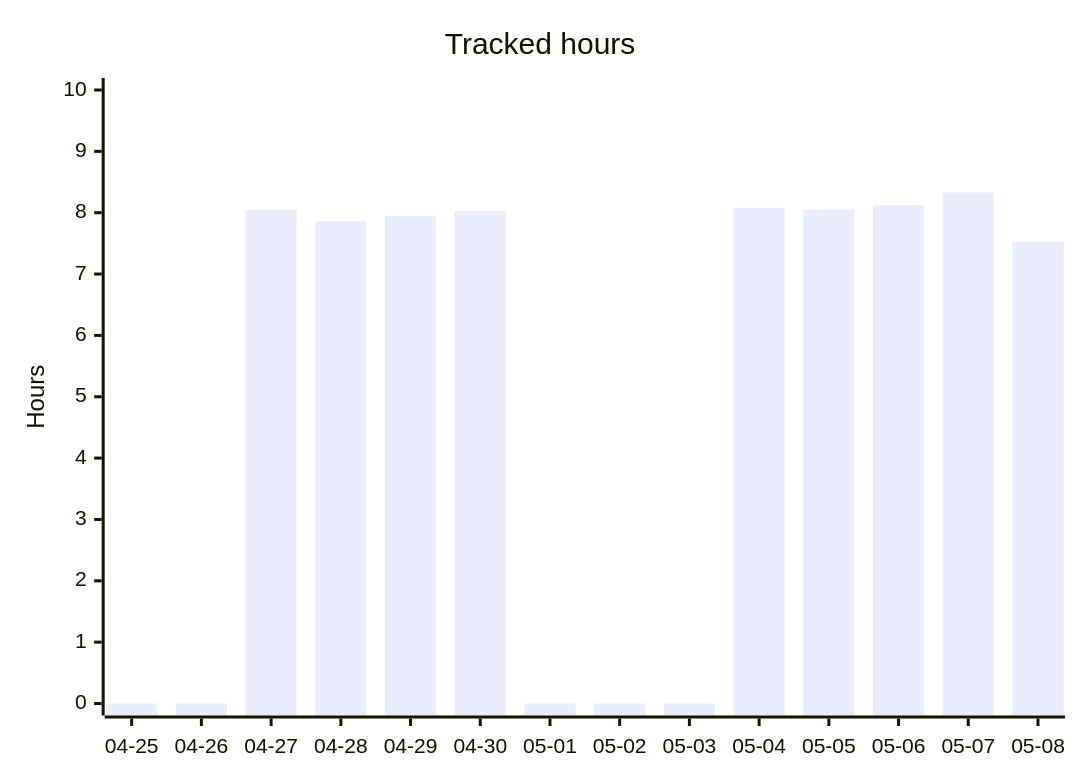
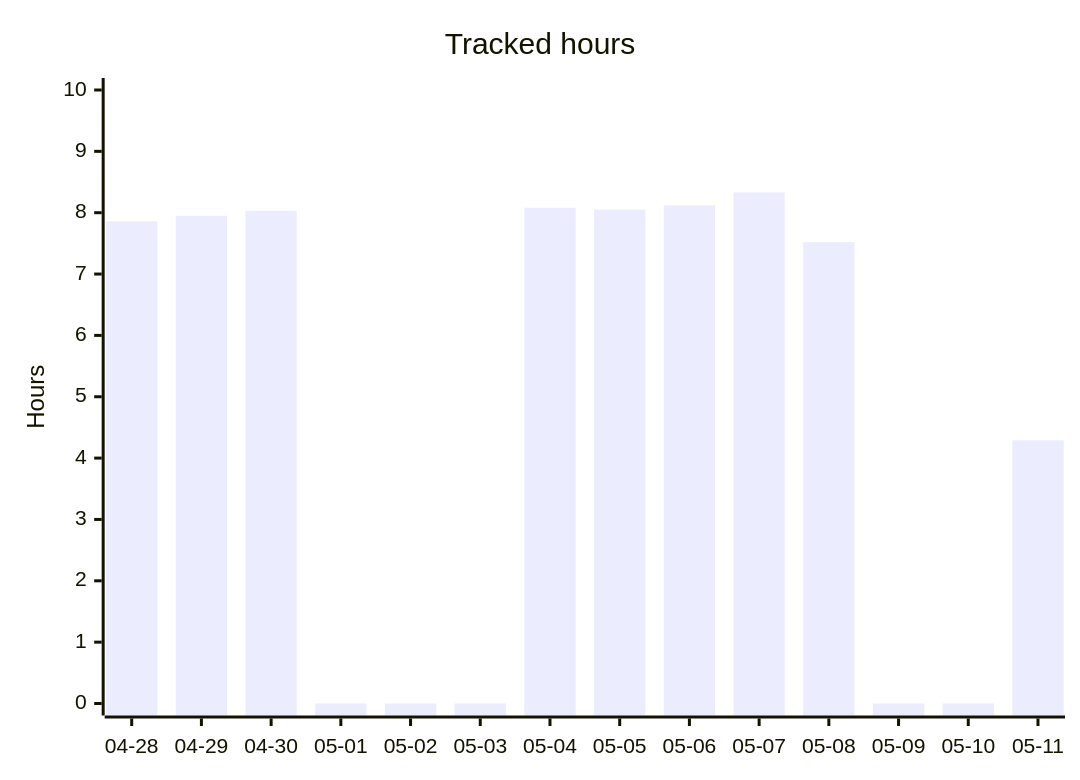
Before and after one commit to albinforsberg-netizen/timeclock: the second of 5 diagrams in README.org, drawn with Mermaid. The commit also changed other lines of this file, not shown here.

```diff
--- a/README.org
+++ b/README.org
@@ -89,7 +88,7 @@
 #+begin_src mermaid
 xychart-beta
     title "Tracked hours"
-    x-axis ["04-25", "04-26", "04-27", "04-28", "04-29", "04-30", "05-01", "05-02", "05-03", "05-04", "05-05", "05-06", "05-07", "05-08"]
+    x-axis ["04-28", "04-29", "04-30", "05-01", "05-02", "05-03", "05-04", "05-05", "05-06", "05-07", "05-08", "05-09", "05-10", "05-11"]
     y-axis "Hours" 0 --> 10
-    bar [0.00, 0.00, 8.04, 7.86, 7.95, 8.03, 0.00, 0.00, 0.00, 8.08, 8.05, 8.12, 8.33, 7.52]
+    bar [7.86, 7.95, 8.03, 0.00, 0.00, 0.00, 8.08, 8.05, 8.12, 8.33, 7.52, 0.00, 0.00, 4.29]
 #+end_src
```
